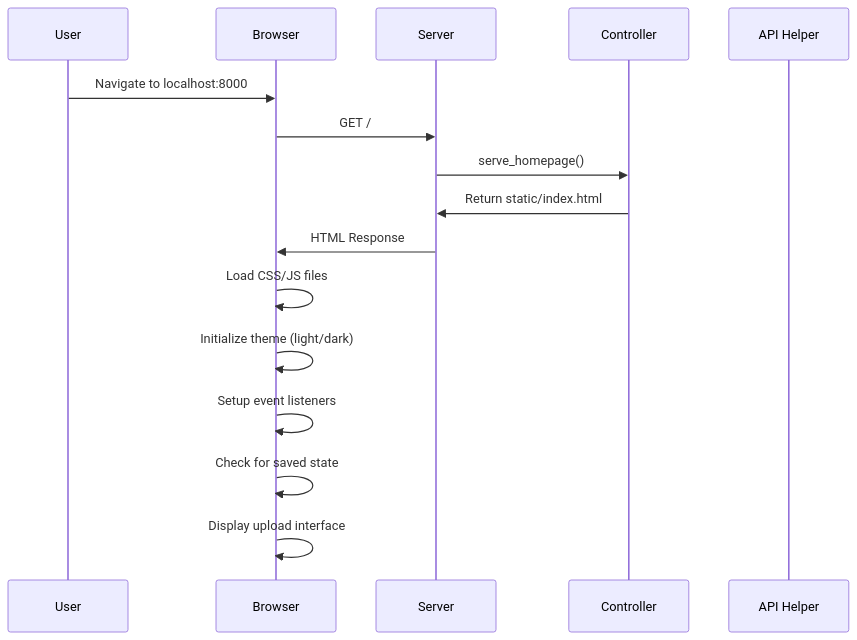
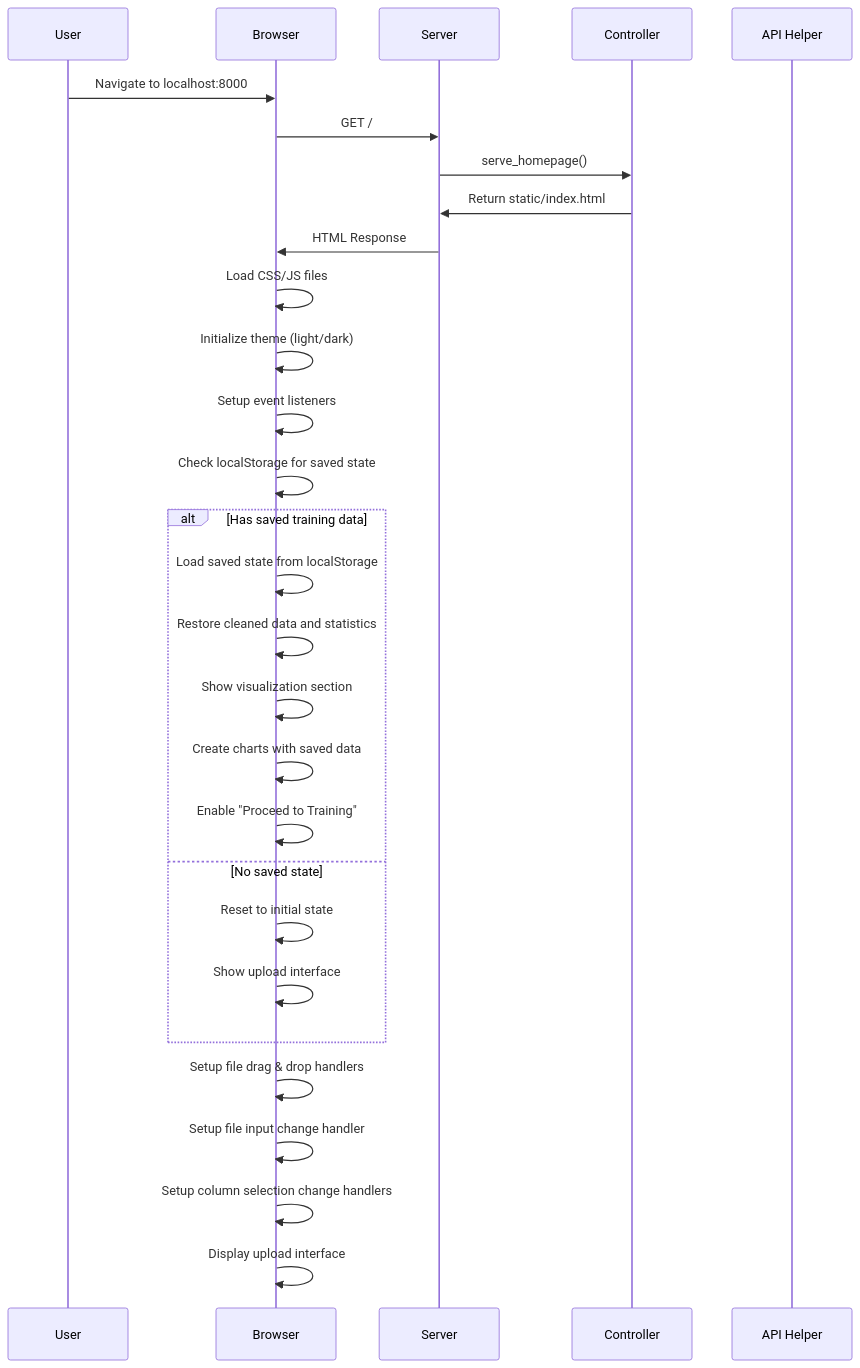
The first of 10 diagrams in sequence_diagram.md (Rameel-Ahmed/linear-regression-final), drawn with Mermaid before and after one commit. The commit also changed other lines of this file, not shown here.

````diff
--- a/sequence_diagram.md
+++ b/sequence_diagram.md
@@ -15,19 +15,35 @@
 ```mermaid
 sequenceDiagram
     participant U as User
     participant B as Browser
     participant S as Server
     participant C as Controller
     participant H as API Helper
 
     U->>B: Navigate to localhost:8000
     B->>S: GET /
     S->>C: serve_homepage()
     C->>S: Return static/index.html
     S->>B: HTML Response
+    
     B->>B: Load CSS/JS files
     B->>B: Initialize theme (light/dark)
     B->>B: Setup event listeners
-    B->>B: Check for saved state
+    B->>B: Check localStorage for saved state
+    
+    alt Has saved training data
+        B->>B: Load saved state from localStorage
+        B->>B: Restore cleaned data and statistics
+        B->>B: Show visualization section
+        B->>B: Create charts with saved data
+        B->>B: Enable "Proceed to Training"
+    else No saved state
+        B->>B: Reset to initial state
+        B->>B: Show upload interface
+    end
+    
+    B->>B: Setup file drag & drop handlers
+    B->>B: Setup file input change handler
+    B->>B: Setup column selection change handlers
     B->>B: Display upload interface
 ```
````
